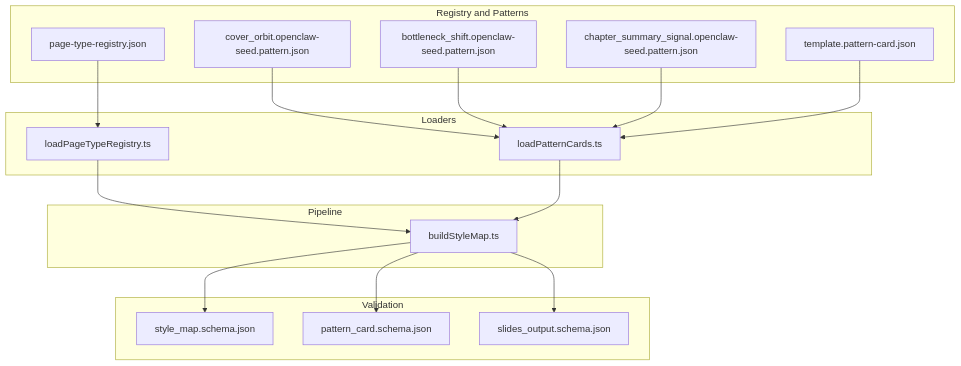
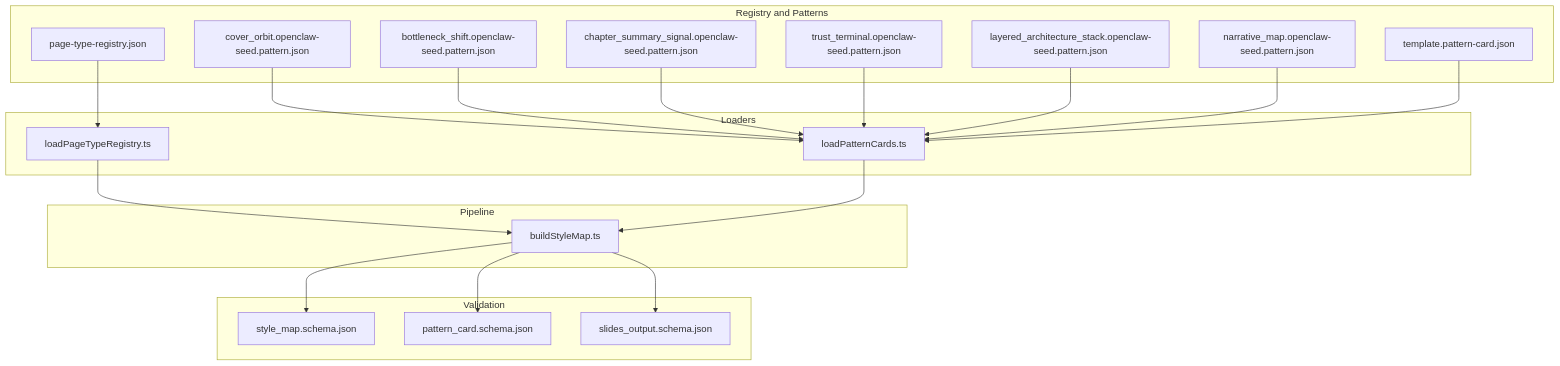
The first of 7 diagrams in .qoder/repowiki/en/content/Style System/Page Type Registry.md (brantzh6/deepPPT), drawn with Mermaid before and after one commit. The commit also changed other lines of this file and 5 other files, not shown here.

Commit message:
Fix PptxGenJS line shape coordinate format in layered_architecture_stack

````diff
--- a/.qoder/repowiki/en/content/Style System/Page Type Registry.md
+++ b/.qoder/repowiki/en/content/Style System/Page Type Registry.md
@@ -43,32 +55,38 @@
 ```mermaid
 graph TB
 subgraph "Registry and Patterns"
 R["page-type-registry.json"]
 PC1["cover_orbit.openclaw-seed.pattern.json"]
 PC2["bottleneck_shift.openclaw-seed.pattern.json"]
 PC3["chapter_summary_signal.openclaw-seed.pattern.json"]
+PC4["trust_terminal.openclaw-seed.pattern.json"]
+PC5["layered_architecture_stack.openclaw-seed.pattern.json"]
+PC6["narrative_map.openclaw-seed.pattern.json"]
 TPL["template.pattern-card.json"]
 end
 subgraph "Loaders"
 LPR["loadPageTypeRegistry.ts"]
 LPC["loadPatternCards.ts"]
 end
 subgraph "Pipeline"
 BSM["buildStyleMap.ts"]
 end
 subgraph "Validation"
 SMS["style_map.schema.json"]
 PCS["pattern_card.schema.json"]
 SOS["slides_output.schema.json"]
 end
 R --> LPR
 PC1 --> LPC
 PC2 --> LPC
 PC3 --> LPC
+PC4 --> LPC
+PC5 --> LPC
+PC6 --> LPC
 TPL --> LPC
 LPR --> BSM
 LPC --> BSM
 BSM --> SMS
 BSM --> PCS
 BSM --> SOS
 ```
````
